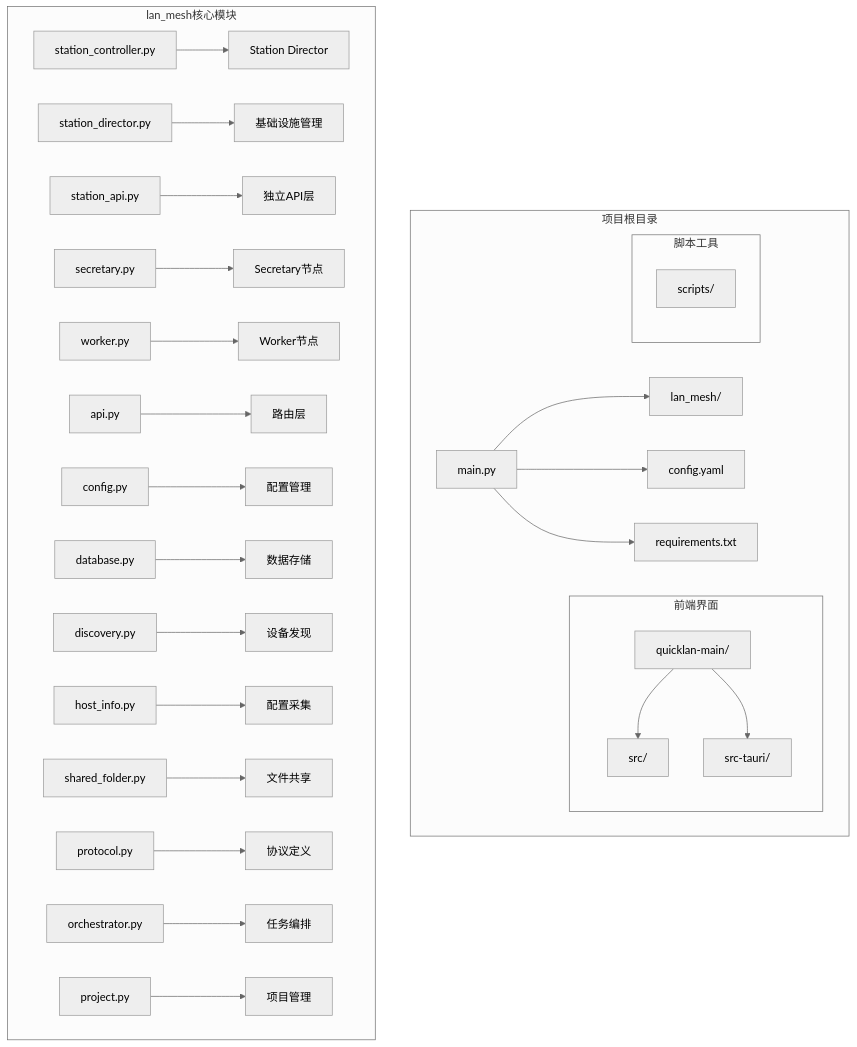
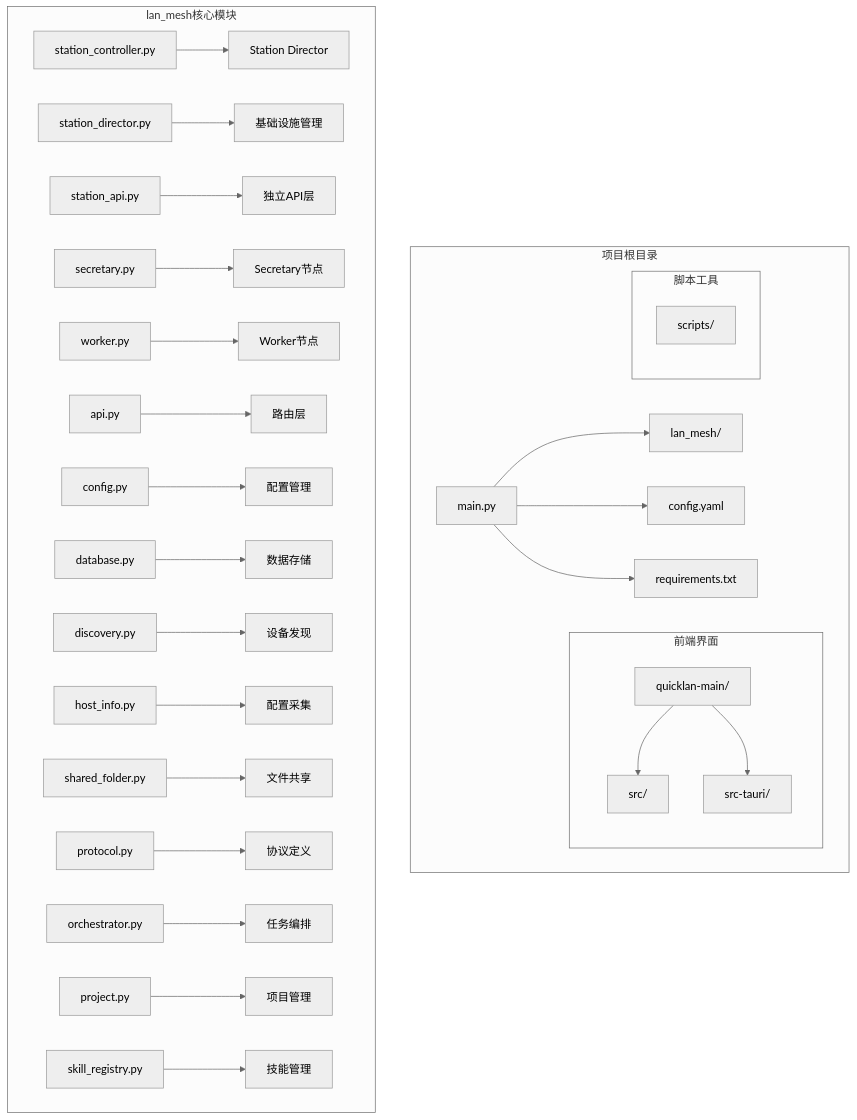
The first of 16 diagrams in .qoder/repowiki/zh/content/核心模块/工作站管理模块.md (targalian/Personal-distributed-workstation), drawn with Mermaid (neutral theme) before and after one commit. The commit also changed other lines of this file and 92 other files, not shown here.

````diff
--- a/.qoder/repowiki/zh/content/核心模块/工作站管理模块.md
+++ b/.qoder/repowiki/zh/content/核心模块/工作站管理模块.md
@@ -65,32 +68,33 @@
 ```mermaid
 graph TB
 subgraph "项目根目录"
 A[main.py] --> B[lan_mesh/]
 A --> C[config.yaml]
 A --> D[requirements.txt]
 subgraph "前端界面"
 E[quicklan-main/]
 E --> F[src/]
 E --> G[src-tauri/]
 end
 subgraph "脚本工具"
 H[scripts/]
 end
 end
 subgraph "lan_mesh核心模块"
 I[station_controller.py] --> J[Station Director]
 K[station_director.py] --> L[基础设施管理]
 M[station_api.py] --> N[独立API层]
 O[secretary.py] --> P[Secretary节点]
 Q[worker.py] --> R[Worker节点]
 S[api.py] --> T[路由层]
 U[config.py] --> V[配置管理]
 W[database.py] --> X[数据存储]
 Y[discovery.py] --> Z[设备发现]
 AA[host_info.py] --> AB[配置采集]
 AC[shared_folder.py] --> AD[文件共享]
 AE[protocol.py] --> AF[协议定义]
 AG[orchestrator.py] --> AH[任务编排]
 AI[project.py] --> AJ[项目管理]
+AK[skill_registry.py] --> AL[技能管理]
 end
 ```
````
